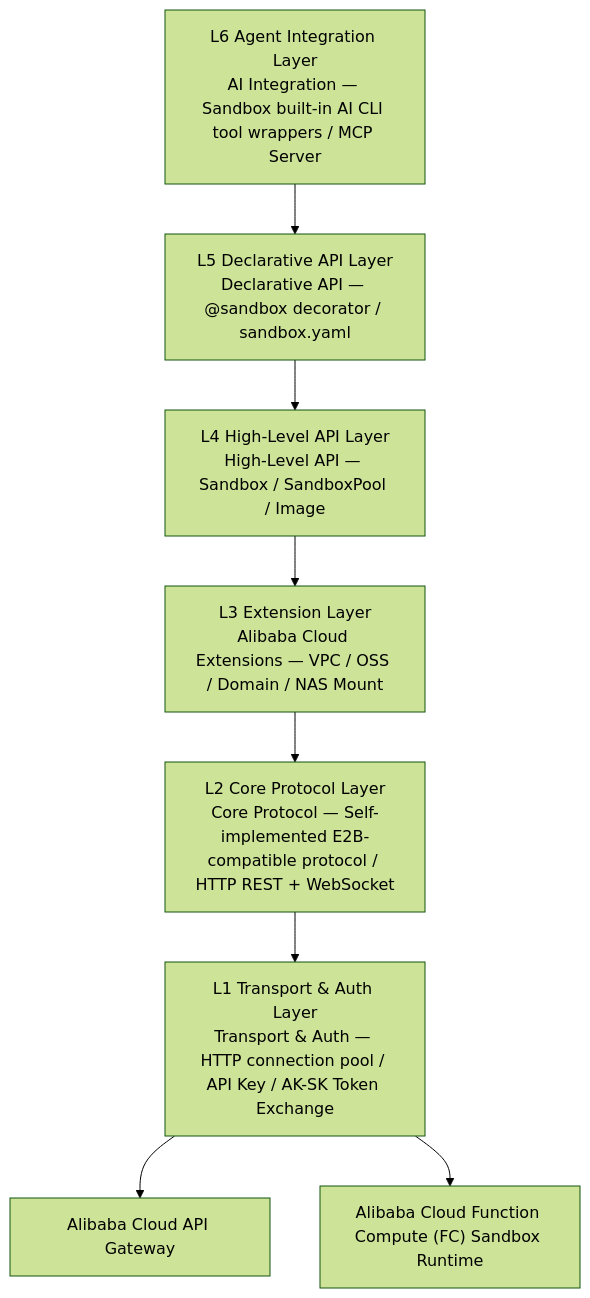
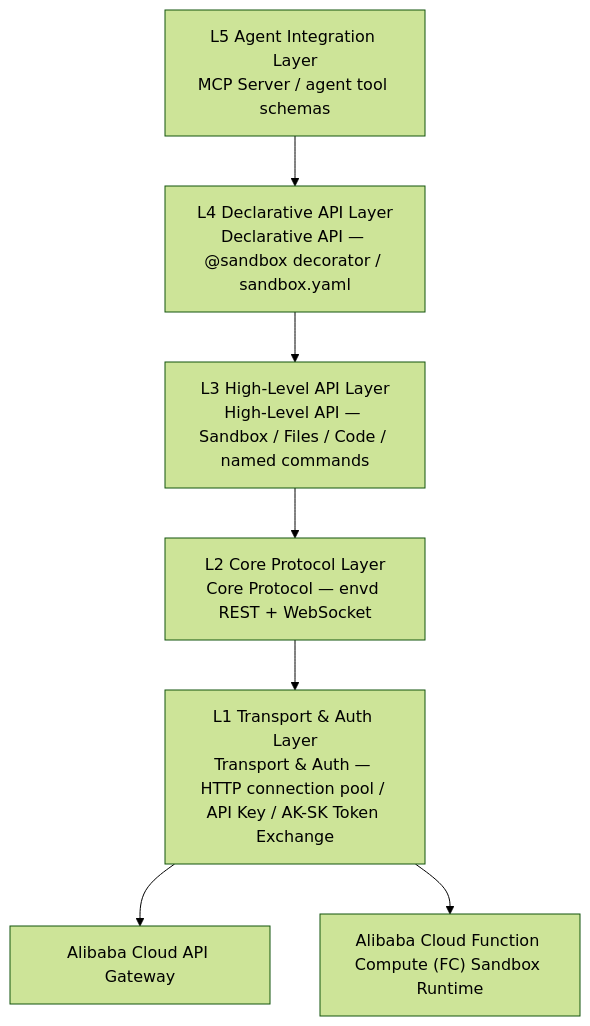
Before and after one commit to Alibaba-Agent-Sandbox/python-sdk: the first of 2 diagrams in docs/en/design/architecture.md, drawn with Mermaid (forest theme). The commit also changed other lines of this file and 819 other files, not shown here.

Commit message:
Publish the Agent Sandbox Python SDK: one endpoint table, one policy engine, and the runtime client.

````diff
--- a/docs/en/design/architecture.md
+++ b/docs/en/design/architecture.md
@@ -9,19 +9,17 @@
 ```mermaid
 graph TD
-    L6["L6 Agent Integration Layer<br/>AI Integration — Sandbox built-in AI CLI tool wrappers / MCP Server"]
-    L5["L5 Declarative API Layer<br/>Declarative API — @sandbox decorator / sandbox.yaml"]
-    L4["L4 High-Level API Layer<br/>High-Level API — Sandbox / SandboxPool / Image"]
-    L3["L3 Extension Layer<br/>Alibaba Cloud Extensions — VPC / OSS / Domain / NAS Mount"]
-    L2["L2 Core Protocol Layer<br/>Core Protocol — Self-implemented E2B-compatible protocol / HTTP REST + WebSocket"]
+    L5["L5 Agent Integration Layer<br/>MCP Server / agent tool schemas"]
+    L4["L4 Declarative API Layer<br/>Declarative API — @sandbox decorator / sandbox.yaml"]
+    L3["L3 High-Level API Layer<br/>High-Level API — Sandbox / Files / Code / named commands"]
+    L2["L2 Core Protocol Layer<br/>Core Protocol — envd REST + WebSocket"]
     L1["L1 Transport & Auth Layer<br/>Transport & Auth — HTTP connection pool / API Key / AK-SK Token Exchange"]
     GW["Alibaba Cloud API Gateway"]
     FC["Alibaba Cloud Function Compute (FC) Sandbox Runtime"]
 
-    L6 --> L5
     L5 --> L4
     L4 --> L3
     L3 --> L2
     L2 --> L1
     L1 --> GW
     L1 --> FC
 ```
````
